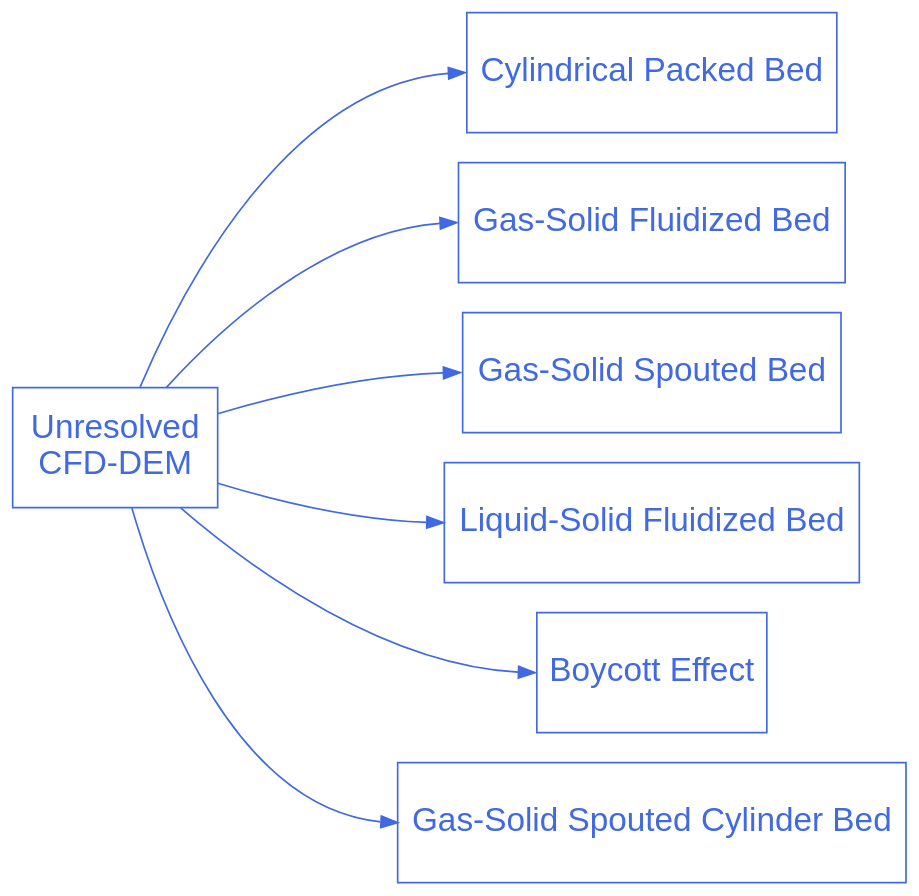
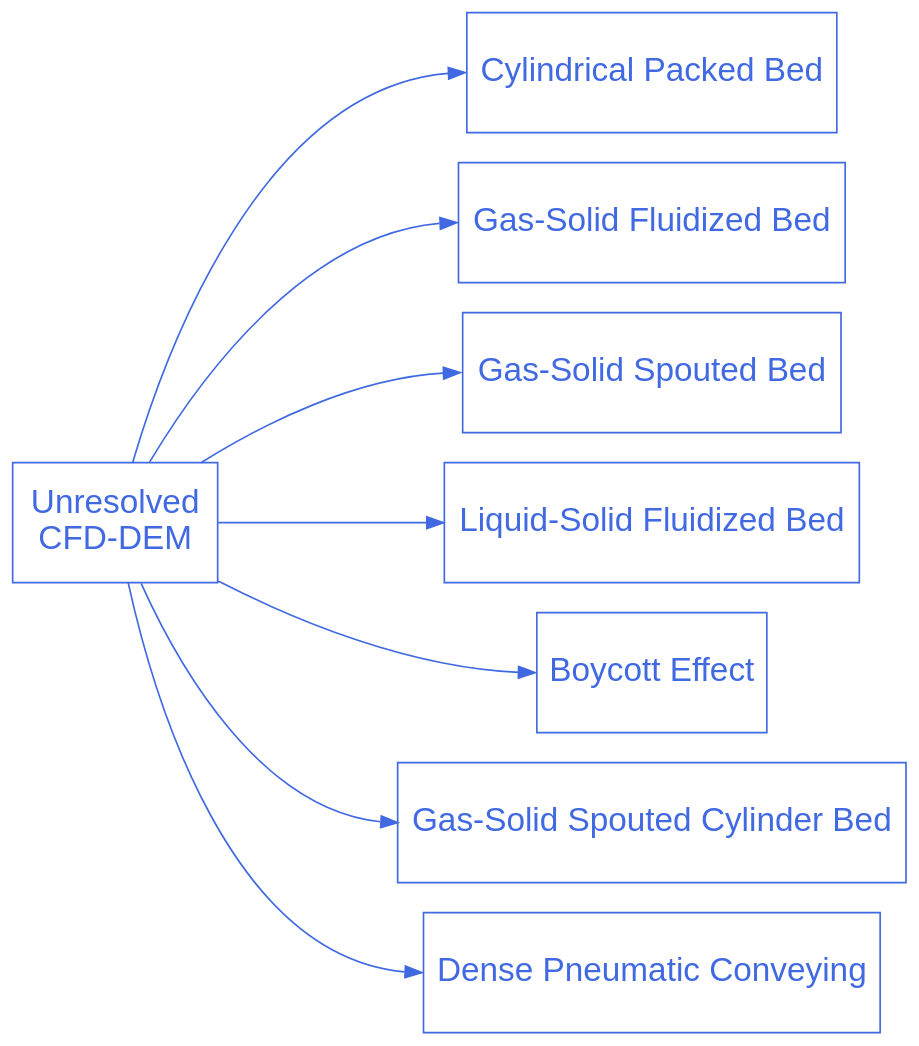
The diagram in doc/source/examples/unresolved-cfd-dem/unresolved-cfd-dem.rst (chaos-polymtl/lethe), drawn with Graphviz before and after one commit. The commit also changed other lines of this file and 1 other file, not shown here.

Commit message:
Include the new example

```diff
--- a/doc/source/examples/unresolved-cfd-dem/unresolved-cfd-dem.rst
+++ b/doc/source/examples/unresolved-cfd-dem/unresolved-cfd-dem.rst
@@ -19,30 +20,33 @@
 .. graphviz:: 
 
     digraph unresolved_cfd_dem_diagram {
       graph [bgcolor="transparent", align=true, ranksep=1.5];
       node [fontname=Arial, fontsize=20, shape=box, fontcolor=royalblue, color=royalblue, height=1];
       edge [color=royalblue];
       rankdir="LR";
       size = "9,9";
 
       unresolved_cfd_dem [label="Unresolved \nCFD-DEM", href="https://chaos-polymtl.github.io/lethe/documentation/examples/unresolved-cfd-dem/unresolved-cfd-dem.html"];
 
       cfd_dem_1 [label="Cylindrical Packed Bed", href="https://chaos-polymtl.github.io/lethe/documentation/examples/unresolved-cfd-dem/cylindrical-packed-bed/cylindrical-packed-bed.html"];
 
       cfd_dem_2 [label="Gas-Solid Fluidized Bed", href="https://chaos-polymtl.github.io/lethe/documentation/examples/unresolved-cfd-dem/gas-solid-fluidized-bed/gas-solid-fluidized-bed.html"];
 
       cfd_dem_3 [label="Gas-Solid Spouted Bed", href="https://chaos-polymtl.github.io/lethe/documentation/examples/unresolved-cfd-dem/gas-solid-spouted-bed/gas-solid-spouted-bed.html"];
 
       cfd_dem_4 [label="Liquid-Solid Fluidized Bed", href="https://chaos-polymtl.github.io/lethe/documentation/examples/unresolved-cfd-dem/liquid-solid-fluidized-bed/liquid-solid-fluidized-bed.html"];
 
       cfd_dem_5 [label="Boycott Effect", href="https://chaos-polymtl.github.io/lethe/documentation/examples/unresolved-cfd-dem/boycott-effect/boycott-effect.html"];
 
       cfd_dem_6 [label="Gas-Solid Spouted Cylinder Bed", href="https://chaos-polymtl.github.io/lethe/documentation/examples/unresolved-cfd-dem/gas-solid-spouted-cylinder-bed/gas-solid-spouted-cylinder-bed.html"];
-      
+
+      cfd_dem_7 [label="Dense Pneumatic Conveying", href="https://chaos-polymtl.github.io/lethe/documentation/examples/unresolved-cfd-dem/dense-pneumatic-conveying/dense-pneumatic-conveying.html"];
+
       unresolved_cfd_dem -> cfd_dem_1:w;
       unresolved_cfd_dem -> cfd_dem_2:w;
       unresolved_cfd_dem -> cfd_dem_3:w;
       unresolved_cfd_dem -> cfd_dem_4:w;
       unresolved_cfd_dem -> cfd_dem_5:w;
       unresolved_cfd_dem -> cfd_dem_6:w;
+      unresolved_cfd_dem -> cfd_dem_7:w;
     }
```
